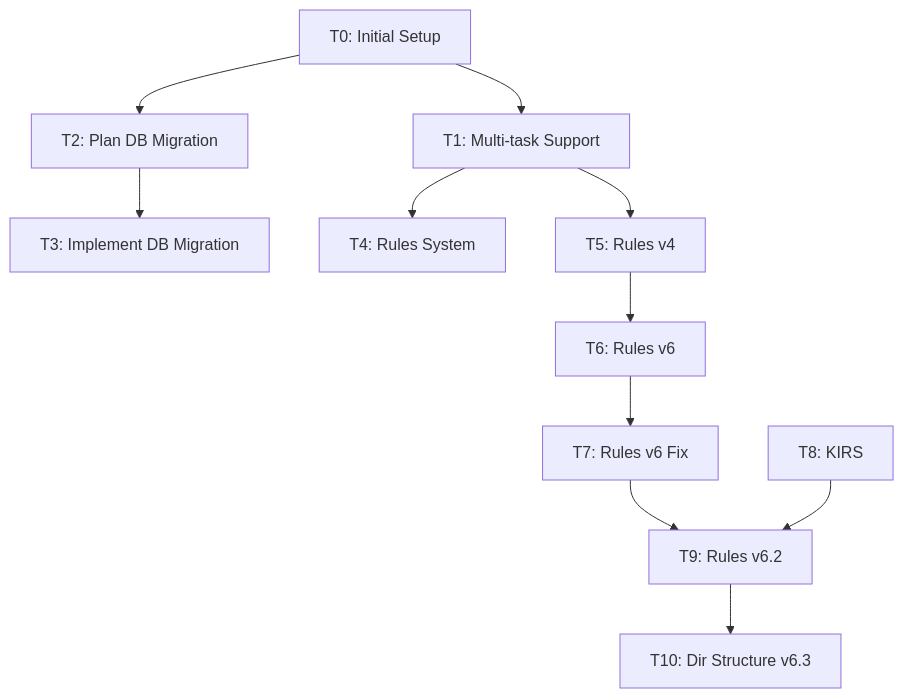
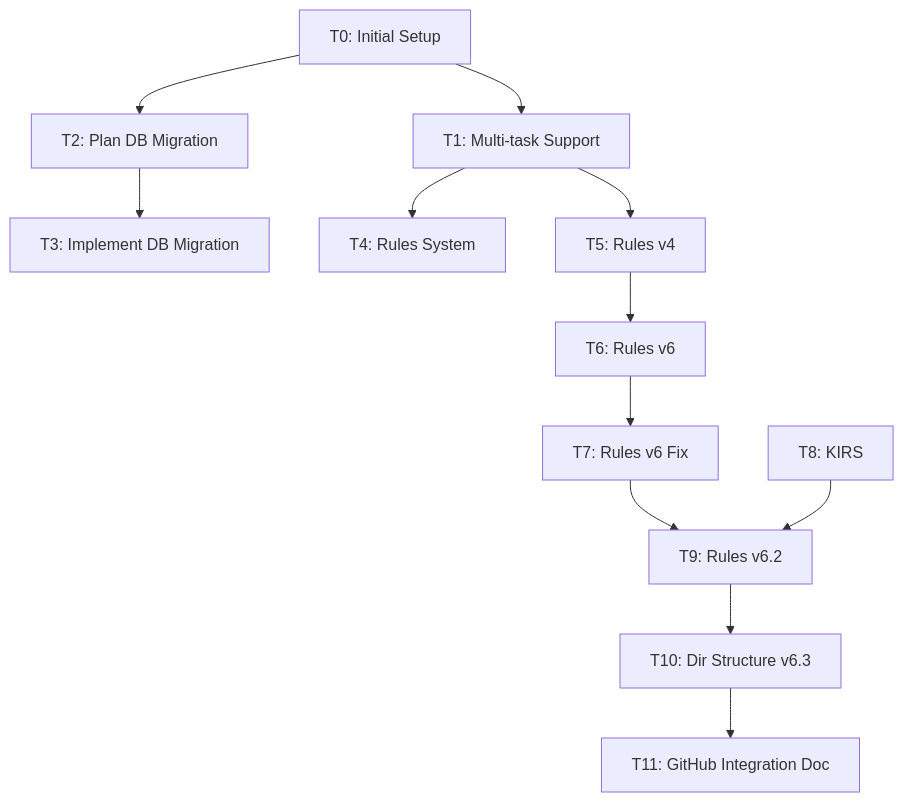
Before and after one commit to space-cadet/memory-bank: the diagram in memory-bank/tasks.md, drawn with Mermaid. The commit also changed other lines of this file and 10 other files, not shown here.

First line of the commit message:
docs(github): implement GitHub Projects integration docs

````diff
--- a/memory-bank/tasks.md
+++ b/memory-bank/tasks.md
@@ -34,25 +35,27 @@
 ```mermaid
 graph TD
     T0[T0: Initial Setup]
     T1[T1: Multi-task Support]
     T2[T2: Plan DB Migration]
     T3[T3: Implement DB Migration]
     T4[T4: Rules System]
     T5[T5: Rules v4]
     T6[T6: Rules v6]
     T7[T7: Rules v6 Fix]
     T8[T8: KIRS]
     T9[T9: Rules v6.2]
     T10[T10: Dir Structure v6.3]
+    T11[T11: GitHub Integration Doc]
 
     T0 --> T1
     T0 --> T2
     T2 --> T3
     T1 --> T4
     T1 --> T5
     T5 --> T6
     T6 --> T7
     T7 --> T9
     T8 --> T9
     T9 --> T10
+    T10 --> T11
 ```
````
